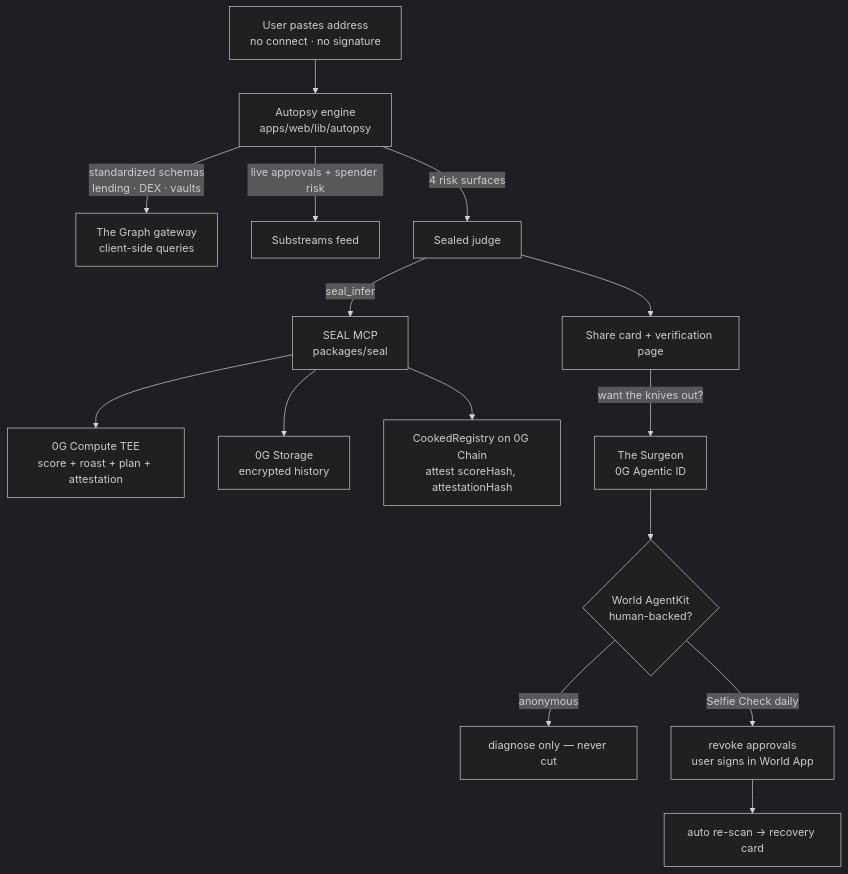
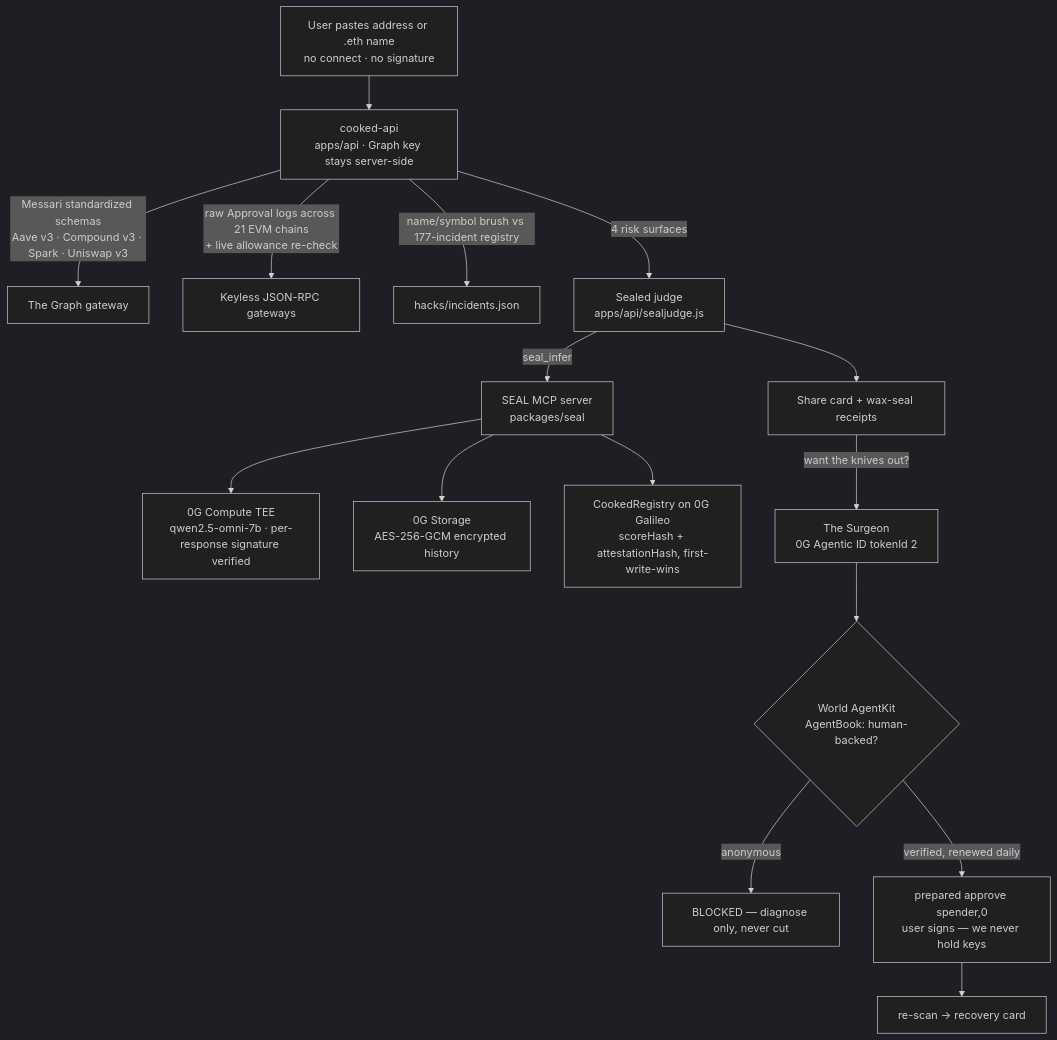
Before and after one commit to vsnation/Am-I-Cooked: the diagram in README.md, drawn with Mermaid (dark theme). The commit also changed other lines of this file and 2 other files, not shown here.

````diff
--- a/README.md
+++ b/README.md
@@ -17,17 +19,18 @@
 ```mermaid
 flowchart TD
-    U[User pastes address\nno connect · no signature] --> A[Autopsy engine\napps/web/lib/autopsy]
-    A -->|standardized schemas\nlending · DEX · vaults| G[The Graph gateway\nclient-side queries]
-    A -->|live approvals + spender risk| SUB[Substreams feed]
-    A -->|4 risk surfaces| J[Sealed judge]
-    J -->|seal_infer| SEAL[SEAL MCP\npackages/seal]
-    SEAL --> TEE[0G Compute TEE\nscore + roast + plan + attestation]
-    SEAL --> STG[0G Storage\nencrypted history]
-    SEAL --> REG[CookedRegistry on 0G Chain\nattest scoreHash, attestationHash]
-    J --> CARD[Share card + verification page]
-    CARD -->|want the knives out?| SRG[The Surgeon\n0G Agentic ID]
-    SRG --> WLD{World AgentKit\nhuman-backed?}
-    WLD -->|anonymous| BLOCK[diagnose only — never cut]
-    WLD -->|Selfie Check daily| RV[revoke approvals\nuser signs in World App]
-    RV --> RESCAN[auto re-scan → recovery card]
+    U[User pastes address or .eth name<br/>no connect · no signature] --> API[cooked-api<br/>apps/api · Graph key stays server-side]
+    API -->|Messari standardized schemas<br/>Aave v3 · Compound v3 · Spark · Uniswap v3| G[The Graph gateway]
+    API -->|raw Approval logs across 21 EVM chains<br/>+ live allowance re-check| RPC[Keyless JSON-RPC gateways]
+    API -->|name/symbol brush vs 177-incident registry| REG0[hacks/incidents.json]
+    API -->|4 risk surfaces| J[Sealed judge<br/>apps/api/sealjudge.js]
+    J -->|seal_infer| SEAL[SEAL MCP server<br/>packages/seal]
+    SEAL --> TEE[0G Compute TEE<br/>qwen2.5-omni-7b · per-response signature verified]
+    SEAL --> STG[0G Storage<br/>AES-256-GCM encrypted history]
+    SEAL --> REG[CookedRegistry on 0G Galileo<br/>scoreHash + attestationHash, first-write-wins]
+    J --> CARD[Share card + wax-seal receipts]
+    CARD -->|want the knives out?| SRG[The Surgeon<br/>0G Agentic ID tokenId 2]
+    SRG --> WLD{World AgentKit<br/>AgentBook: human-backed?}
+    WLD -->|anonymous| BLOCK[BLOCKED — diagnose only, never cut]
+    WLD -->|verified, renewed daily| RV[prepared approve spender,0<br/>user signs — we never hold keys]
+    RV --> RESCAN[re-scan → recovery card]
 ```
````
